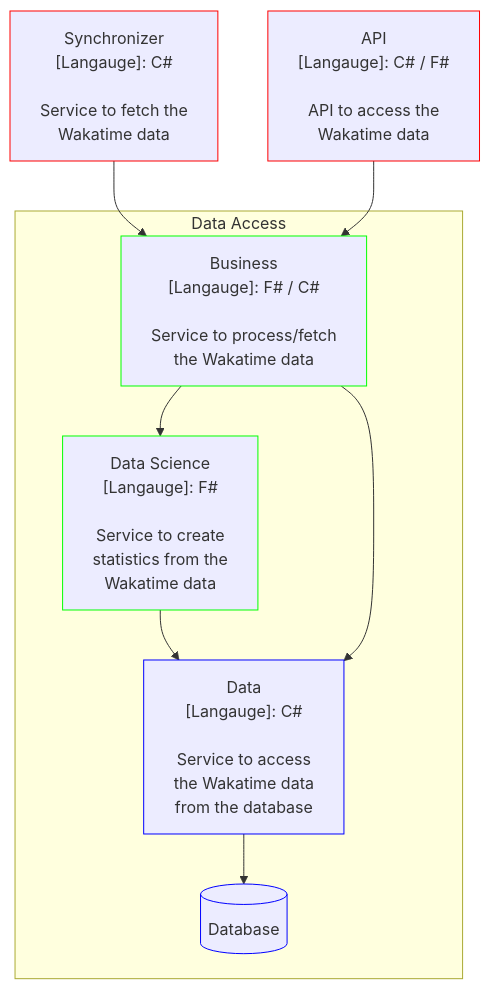
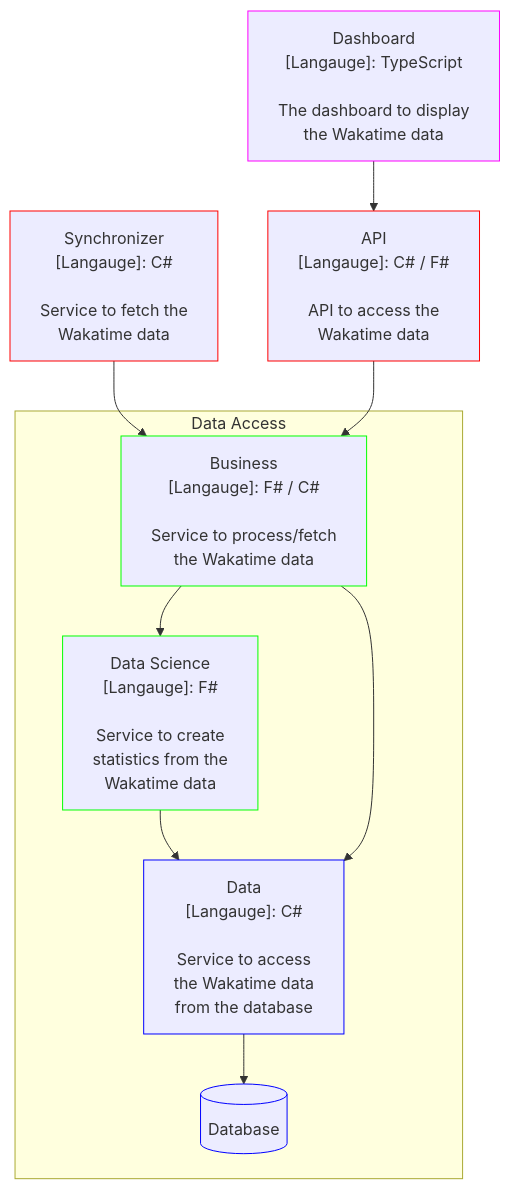
One commit to joerivanarkel/WakatimeStats changed the diagram in readme.md. Above: the diagram before and after it, drawn with Mermaid. The commit also changed 4 other files, not shown here.

````diff
--- a/readme.md
+++ b/readme.md
@@ -9,49 +9,58 @@
 ```mermaid
 flowchart TD
+    classDef presentation stroke:#f0f
     classDef api stroke:#f00
     classDef service stroke:#0f0
     classDef data stroke:#00f
 
+
+    Dashboard["Dashboard
+        [Langauge]: TypeScript
+
+        The dashboard to display
+        the Wakatime data
+        "]:::presentation
     API["API
         [Langauge]: C# / F#
 
         API to access the 
         Wakatime data
         "]:::api
     synchronizer["Synchronizer
         [Langauge]: C#
 
         Service to fetch the 
         Wakatime data
         "]:::api
     business["Business
         [Langauge]: F# / C#
 
         Service to process/fetch
         the Wakatime data
         "]:::service
     stats["Data Science
         [Langauge]: F#
 
         Service to create
         statistics from the
         Wakatime data
         "]:::service
     datalayer["Data
         [Langauge]: C#
 
         Service to access
         the Wakatime data
         from the database
         "]:::data
 
+    Dashboard --> API
     synchronizer --> business
     API --> business
 
     subgraph Data Access
         business --> stats
         stats --> datalayer
         business --> datalayer
         datalayer -->  database[(Database)]:::data
     end
 ```
````
